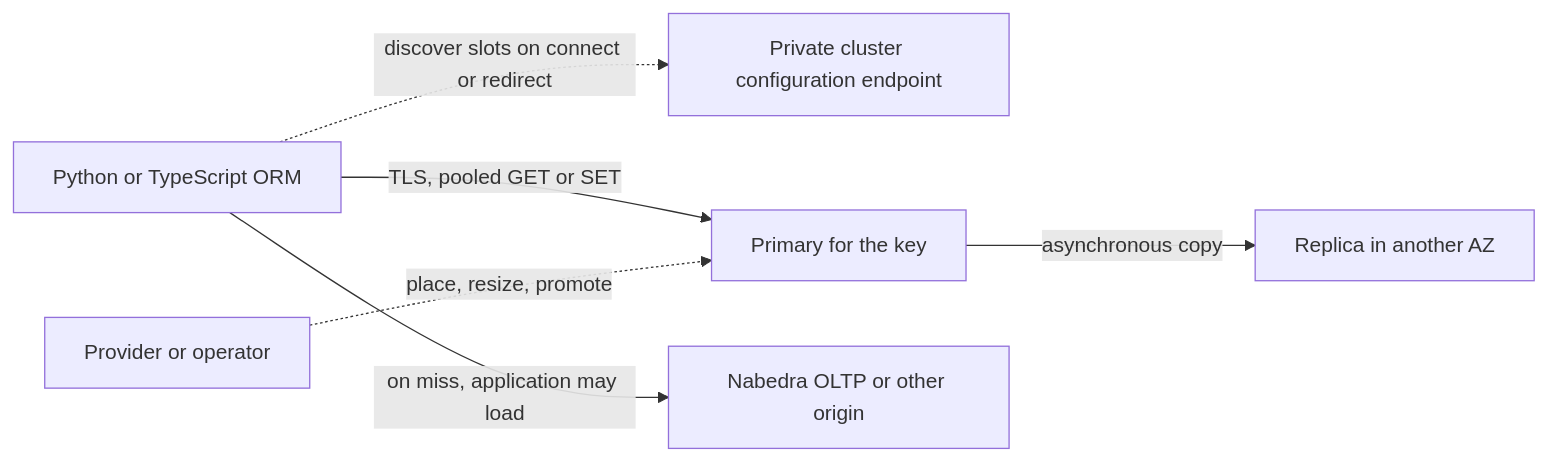
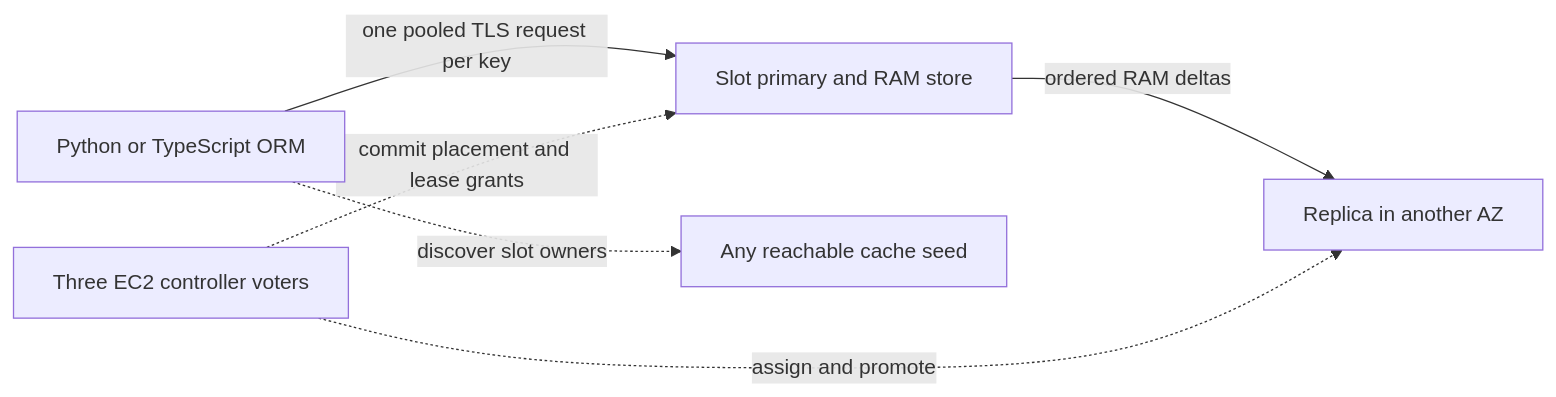
One commit to nabedra/database changed the diagram in plans/cache.md. Above: the diagram before and after it, drawn with Mermaid. The commit also changed other lines of this file, not shown here.

Commit message:
Specify a native Nabedra cache engine for EC2

````diff
--- a/plans/cache.md
+++ b/plans/cache.md
@@ -19,8 +11,8 @@
 ```mermaid
 flowchart LR
-    App[Python or TypeScript ORM] -. discover slots on connect or redirect .-> Seed[Private cluster configuration endpoint]
-    App -->|TLS, pooled GET or SET| P[Primary for the key]
-    P -->|asynchronous copy| R[Replica in another AZ]
-    App -->|on miss, application may load| DB[Nabedra OLTP or other origin]
-    Ops[Provider or operator] -. place, resize, promote .-> P
+    ORM[Python or TypeScript ORM] -->|one pooled TLS request per key| Primary[Slot primary and RAM store]
+    Primary -->|ordered RAM deltas| Replica[Replica in another AZ]
+    ORM -. discover slot owners .-> Seed[Any reachable cache seed]
+    Control[Three EC2 controller voters] -. commit placement and lease grants .-> Primary
+    Control -. assign and promote .-> Replica
 ```
````
